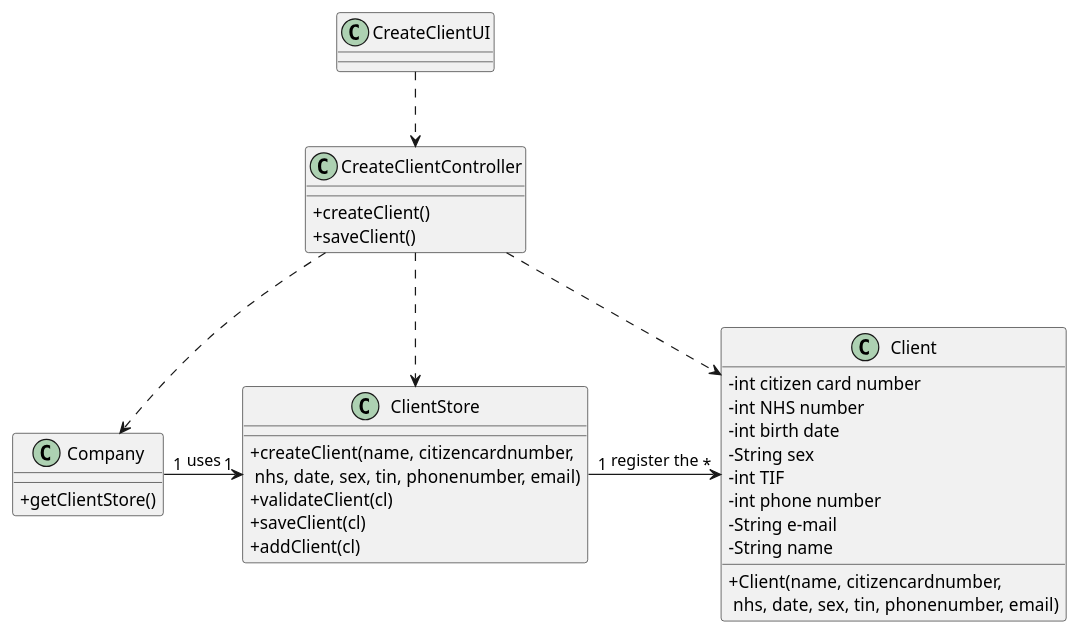
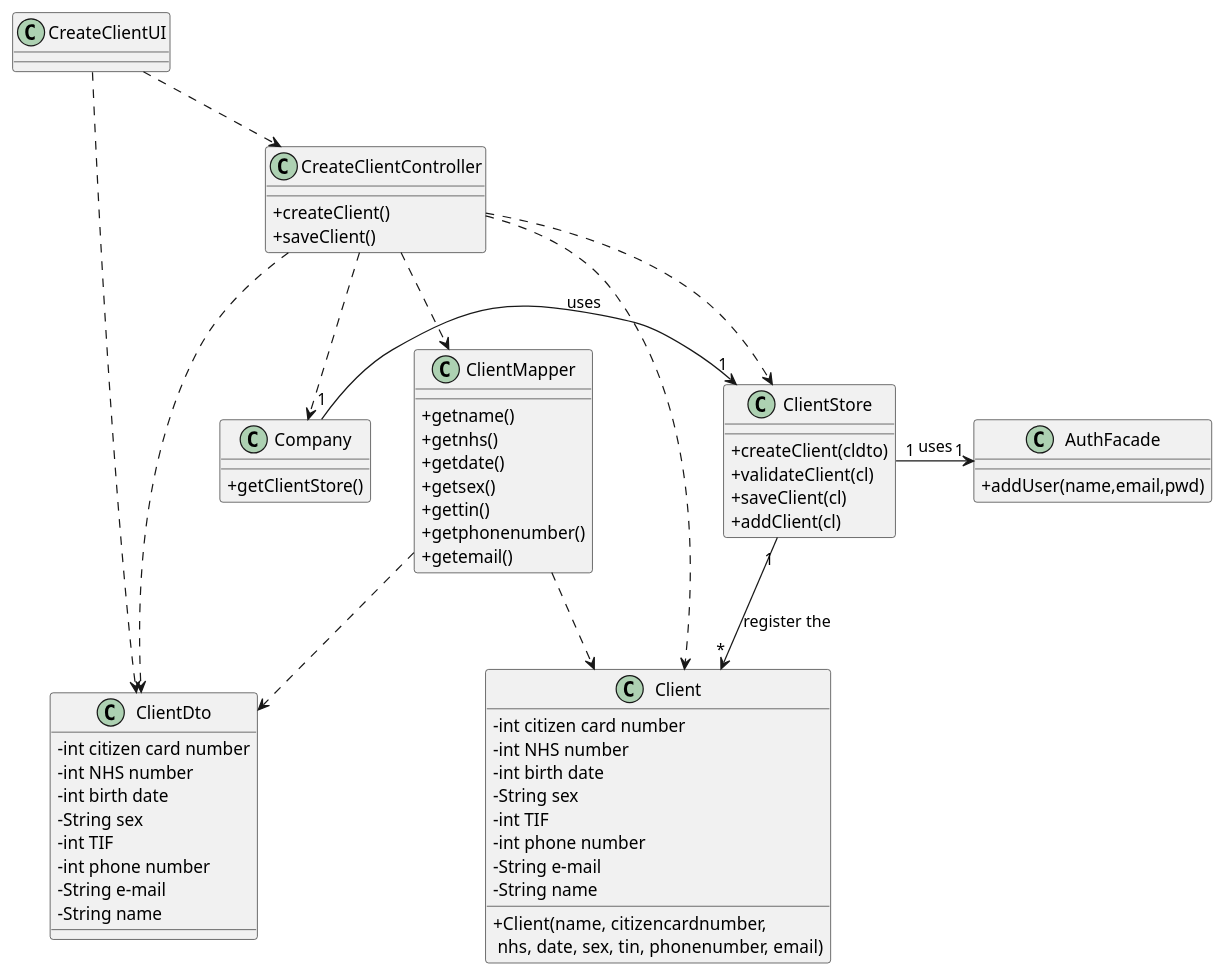
Before and after one commit to manu-07-ela/LAPR2_ISEP: the diagram in docs/SprintB/US03/US3_CD.puml, drawn with PlantUML. The commit also changed 3 other files, not shown here.

```diff
--- a/docs/SprintB/US03/US3_CD.puml
+++ b/docs/SprintB/US03/US3_CD.puml
@@ -1,45 +1,76 @@
 @startuml
 skinparam classAttributeIconSize 0
 
 class Client {
   -int citizen card number
   -int NHS number
   -int birth date
   -String sex
   -int TIF
   -int phone number
   -String e-mail
   -String name
   +Client(name, citizencardnumber,\n nhs, date, sex, tin, phonenumber, email)
 }
 
 class Company {
   +getClientStore()
 }
 
 class ClientStore {
-  +createClient(name, citizencardnumber,\n nhs, date, sex, tin, phonenumber, email)
+  +createClient(cldto)
   +validateClient(cl)
   +saveClient(cl)
   +addClient(cl)
 }
 
+class ClientDto {
+  -int citizen card number
+  -int NHS number
+  -int birth date
+  -String sex
+  -int TIF
+  -int phone number
+  -String e-mail
+  -String name
+}
+
+class ClientMapper {
++getname()
++getnhs()
++getdate()
++getsex()
++gettin()
++getphonenumber()
++getemail()
+}
+
+
 class CreateClientController {
   +createClient()
   +saveClient()
+}
+
+class AuthFacade {
+  +addUser(name,email,pwd)
 }
 
 class CreateClientUI {
 
 }
 
 CreateClientUI ..> CreateClientController
+CreateClientUI ..> ClientDto
 CreateClientController ..> Company
+CreateClientController ..> ClientDto
+CreateClientController ..> ClientMapper
 CreateClientController ..> Client
 CreateClientController ..> ClientStore
+ClientMapper ..> ClientDto
+ClientMapper ..> Client
+ClientStore "1" -> "*" Client : register the
+ClientStore "1" -> "1" AuthFacade : uses
 Company "1" -> "1" ClientStore : uses
-ClientStore "1" -> "*" Client : register the
-
 
 
 @enduml
```
